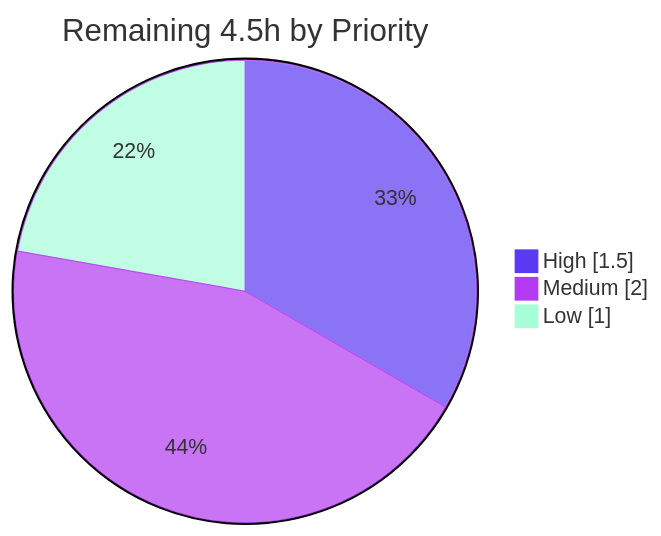
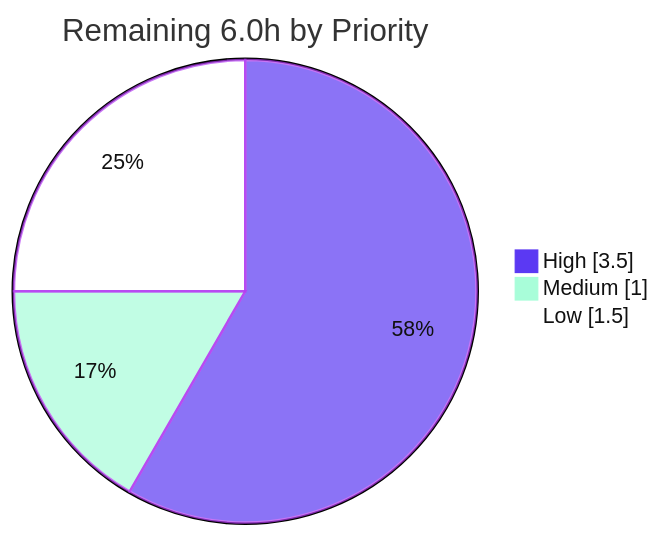
Before and after one commit to lakshya-blitzy/600K_ParentRepo: the fourth of 4 diagrams in blitzy/documentation/Project Guide.md, drawn with Mermaid. The commit also changed other lines of this file, not shown here.

Commit message:
Adding Blitzy Project Guide: Project Status and Human Tasks Remaining

````diff
--- a/blitzy/documentation/Project Guide.md
+++ b/blitzy/documentation/Project Guide.md
@@ -212,7 +212,8 @@
 ```mermaid
-%%{init: {'theme':'base', 'themeVariables': {'pie1':'#5B39F3','pie2':'#B23AF2','pie3':'#A8FDD9','pieStrokeColor':'#B23AF2','pieStrokeWidth':'1px'}}}%%
-pie showData title Remaining 4.5h by Priority
-    "High" : 1.5
-    "Medium" : 2.0
-    "Low" : 1.0
+%%{init: {'theme':'base', 'themeVariables': {'pie1':'#5B39F3','pie2':'#A8FDD9','pie3':'#FFFFFF','pieStrokeColor':'#B23AF2','pieStrokeWidth':'2px','pieSectionTextColor':'#111111','pieLegendTextColor':'#111111'}}}%%
+pie showData
+    title Remaining 6.0h by Priority
+    "High" : 3.5
+    "Medium" : 1.0
+    "Low" : 1.5
 ```
````
